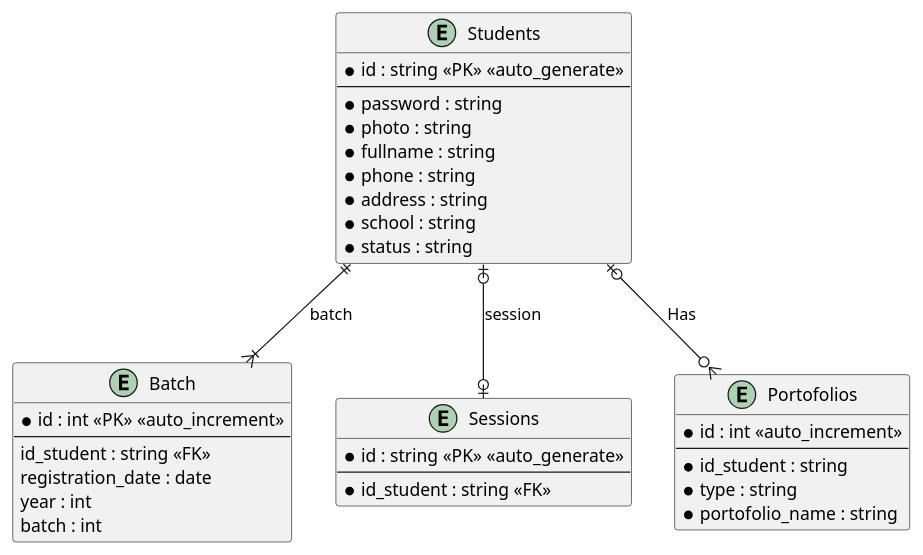
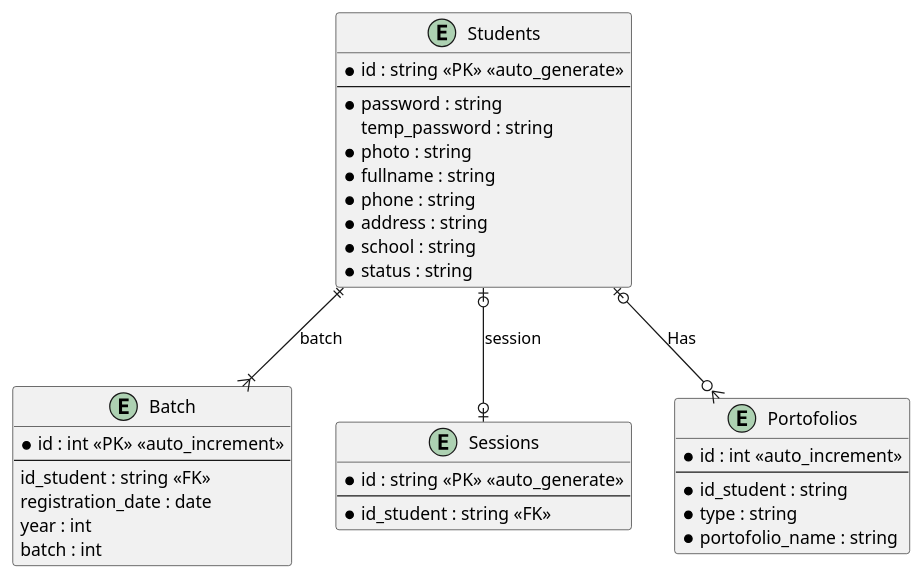
The diagram in erd.puml (anom768/uqi_academy), drawn with PlantUML before and after one commit. The commit also changed 47 other files, not shown here.

```diff
--- a/erd.puml
+++ b/erd.puml
@@ -1,60 +1,61 @@
 @startuml
 
 entity Students {
     *id : string <<PK>> <<auto_generate>>
     --
     *password : string
+    temp_password : string
     *photo : string
     *fullname : string
     *phone : string
     *address : string
     *school : string
     *status : string
 }
 
 entity Batch {
     *id : int <<PK>> <<auto_increment>>
     --
     id_student : string <<FK>>
     registration_date : date
     year : int
     batch : int
 }
 
 entity Sessions {
     *id : string <<PK>> <<auto_generate>>
     --
     *id_student : string <<FK>>
 }
 
 ' entity Employees {
 '     *id : string <<PK>> <<auto_generate>>
 '     --
 '     *photo : string
 '     *fullname : string
 '     *phone : string
 '     *email : string
 '     *address : string
 '     *id_role : int <<FK>>
 ' }
 
 ' entity Roles {
 '     *id : int <<auto_increment>>
 '     --
 '     *role : string
 ' }
 
 entity Portofolios {
     *id : int <<auto_increment>>
     --
     *id_student : string
     *type : string
     *portofolio_name : string
 }
 
 Students |o--o{ Portofolios : Has
 Students ||--|{ Batch : batch
 Students |o--o| Sessions : session
 ' Employees ||--|{ Roles : Role
 
 @enduml
```
